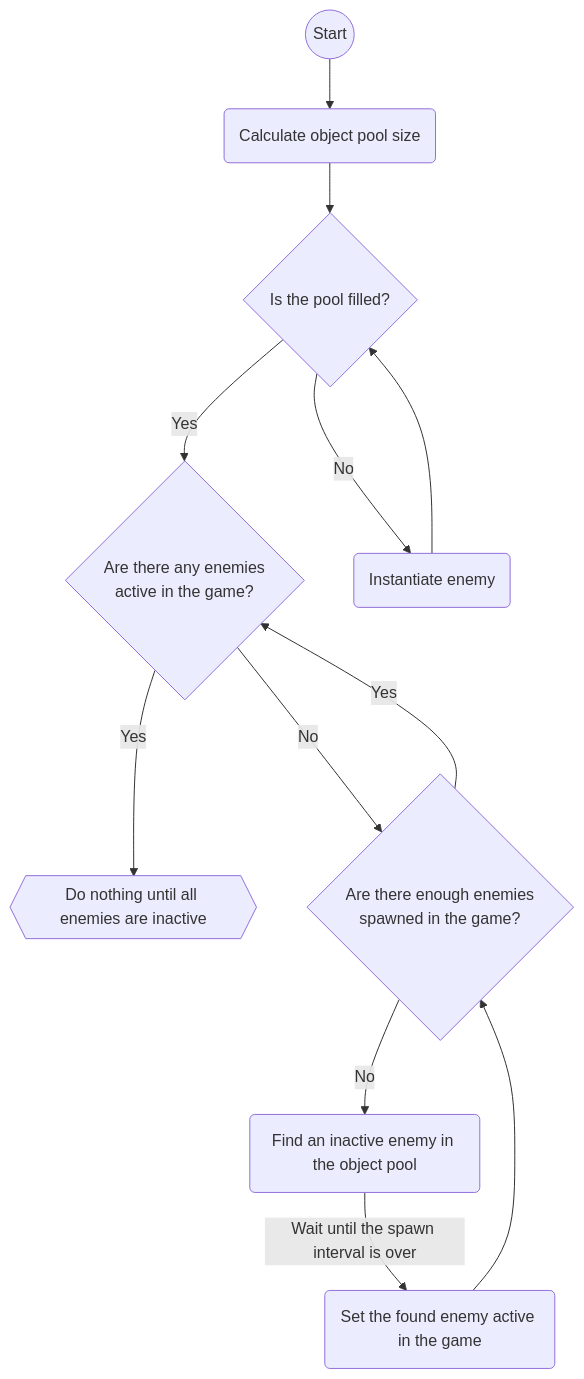
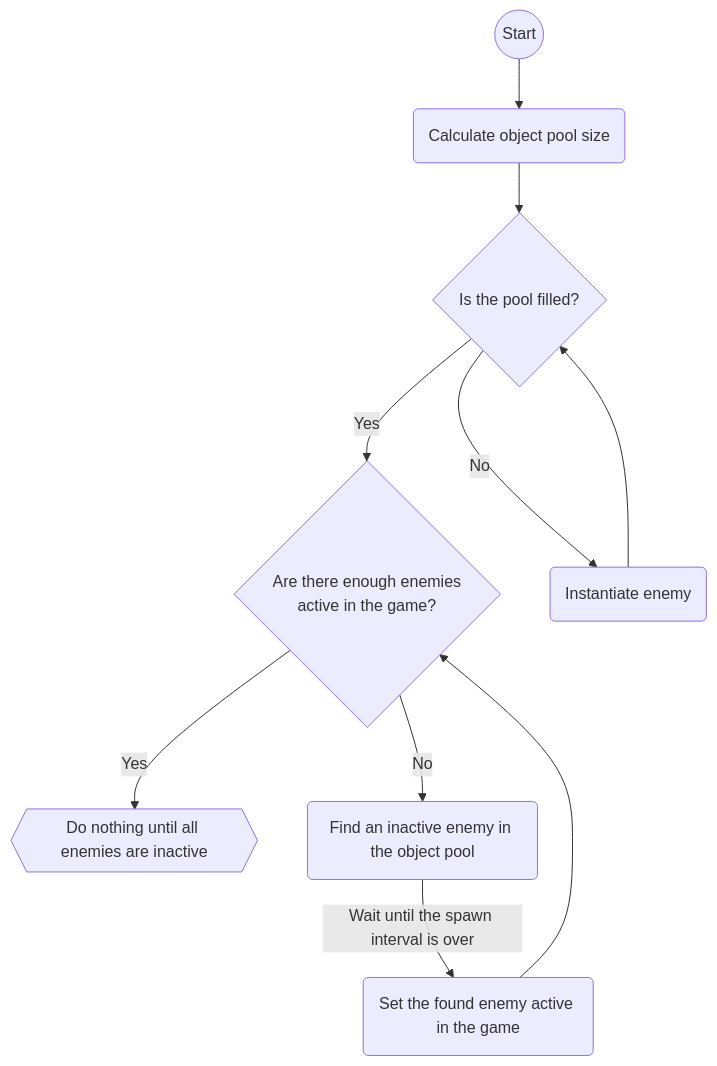
Before and after one commit to Mitchel2004/TowerEvolution: the diagram in README.md, drawn with Mermaid.

Commit message:
README updated

````diff
--- a/README.md
+++ b/README.md
@@ -14,16 +14,13 @@
 ```mermaid
 flowchart TB
 
-start((Start))-->calculatePool(Calculate object pool size)
-
-calculatePool-->fillPool{Is the pool filled?}
-fillPool-- Yes -->enemiesActive{Are there any enemies\nactive in the game?}
-    enemiesActive-- Yes -->doNothing{{Do nothing until all enemies are inactive}}
-    enemiesActive-- No -->enoughSpawned{Are there enough enemies\nspawned in the game?}
-        enoughSpawned-- Yes -->enemiesActive
-        enoughSpawned-- No -->findEnemy(Find an inactive enemy in the object pool)
+start((Start))-->calculatePoolSize(Calculate object pool size)
+calculatePoolSize-->fillPool{Is the pool filled?}
+    fillPool-- Yes -->enemiesActive{Are there enough enemies\nactive in the game?}
+        enemiesActive-- Yes -->doNothing{{Do nothing until all enemies are inactive}}
+        enemiesActive-- No -->findEnemy(Find an inactive enemy in the object pool)
             findEnemy-- Wait until the spawn interval is over -->enemyActive(Set the found enemy active in the game)
-            enemyActive-->enoughSpawned
-fillPool-- No -->instantiate(Instantiate enemy)
-    instantiate-->fillPool
+            enemyActive-->enemiesActive
+    fillPool-- No -->instantiate(Instantiate enemy)
+        instantiate-->fillPool
 ```
````
